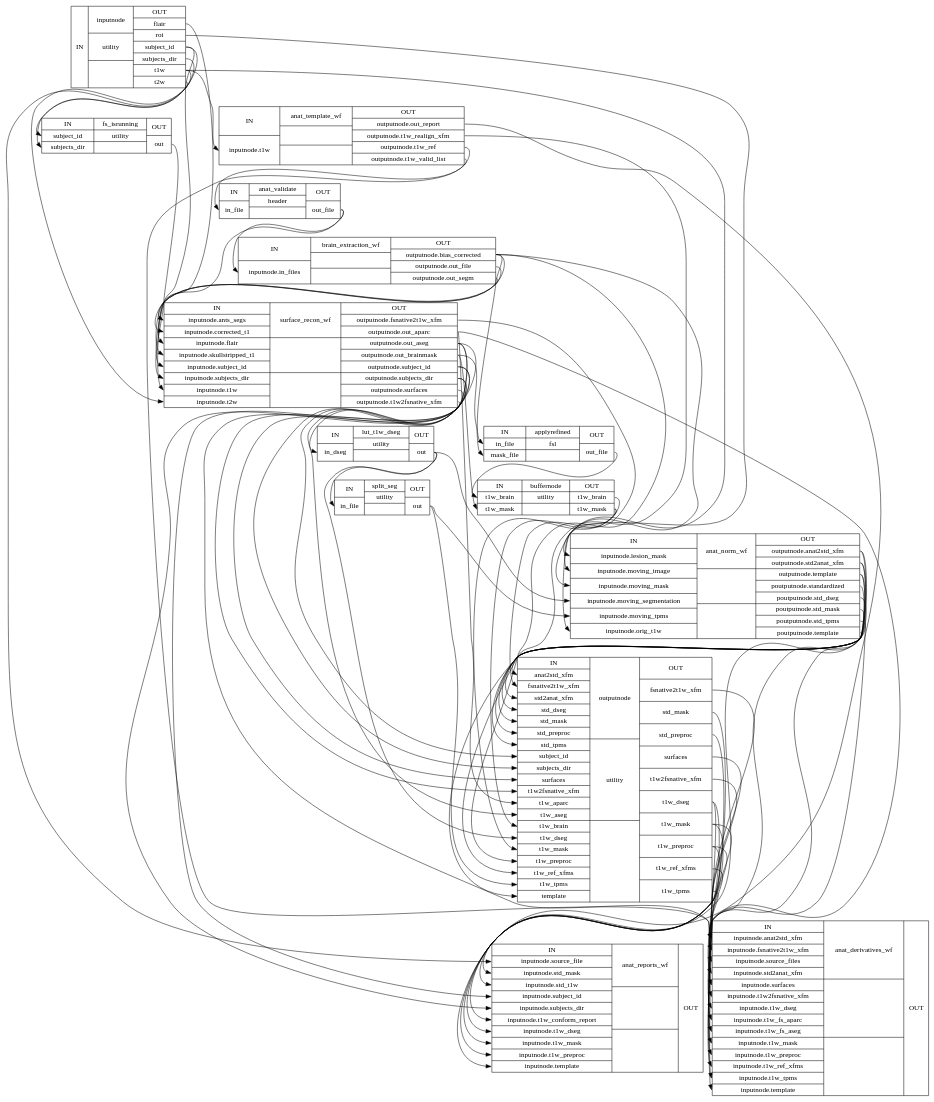
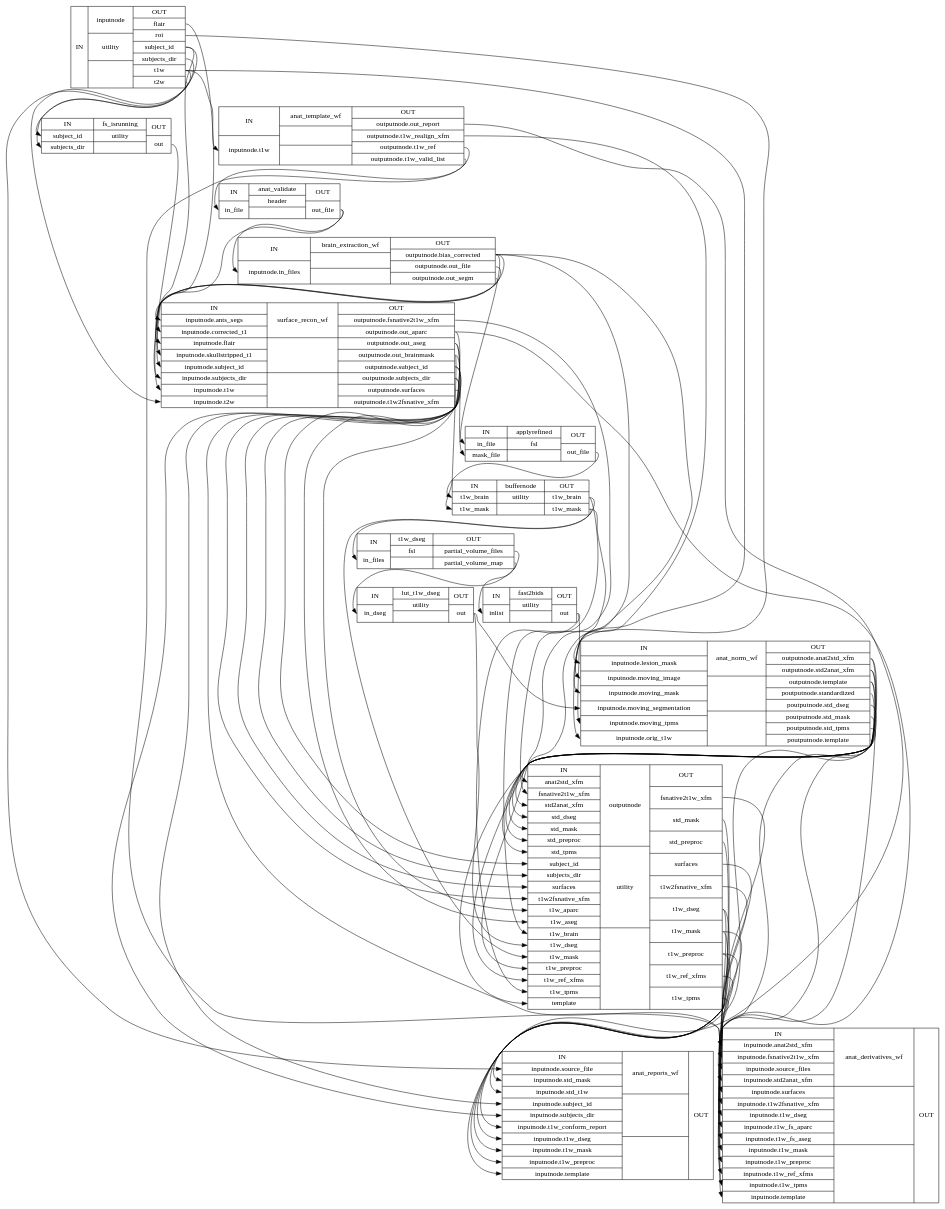
Before and after one commit to pcamach2/smriprep: the diagram in wf_directive/api/anat_preproc_wf/smriprep-workflows-anatomical-1_detailed.dot, drawn with Graphviz. The commit also changed 2171 other files, not shown here.

```diff
--- a/wf_directive/api/anat_preproc_wf/smriprep-workflows-anatomical-1_detailed.dot
+++ b/wf_directive/api/anat_preproc_wf/smriprep-workflows-anatomical-1_detailed.dot
@@ -1,19 +1,20 @@
 digraph structs {
 node [shape=record];
 anat_preproc_wfinputnode [label="{IN}|{ inputnode | utility |  }|{OUT|<outflair> flair|<outroi> roi|<outsubjectid> subject_id|<outsubjectsdir> subjects_dir|<outt1w> t1w|<outt2w> t2w}"];
+anat_preproc_wfanat_template_wf [label="{IN|<ininputnodet1w> inputnode.t1w}|{ anat_template_wf |  |  }|{OUT|<outoutputnodeoutreport> outputnode.out_report|<outoutputnodet1wrealignxfm> outputnode.t1w_realign_xfm|<outoutputnodet1wref> outputnode.t1w_ref|<outoutputnodet1wvalidlist> outputnode.t1w_valid_list}"];
 anat_preproc_wffs_isrunning [label="{IN|<insubjectid> subject_id|<insubjectsdir> subjects_dir}|{ fs_isrunning | utility |  }|{OUT|<outout> out}"];
-anat_preproc_wfanat_template_wf [label="{IN|<ininputnodet1w> inputnode.t1w}|{ anat_template_wf |  |  }|{OUT|<outoutputnodeoutreport> outputnode.out_report|<outoutputnodet1wrealignxfm> outputnode.t1w_realign_xfm|<outoutputnodet1wref> outputnode.t1w_ref|<outoutputnodet1wvalidlist> outputnode.t1w_valid_list}"];
 anat_preproc_wfanat_validate [label="{IN|<ininfile> in_file}|{ anat_validate | header |  }|{OUT|<outoutfile> out_file}"];
 anat_preproc_wfbrain_extraction_wf [label="{IN|<ininputnodeinfiles> inputnode.in_files}|{ brain_extraction_wf |  |  }|{OUT|<outoutputnodebiascorrected> outputnode.bias_corrected|<outoutputnodeoutfile> outputnode.out_file|<outoutputnodeoutsegm> outputnode.out_segm}"];
 anat_preproc_wfsurface_recon_wf [label="{IN|<ininputnodeantssegs> inputnode.ants_segs|<ininputnodecorrectedt1> inputnode.corrected_t1|<ininputnodeflair> inputnode.flair|<ininputnodeskullstrippedt1> inputnode.skullstripped_t1|<ininputnodesubjectid> inputnode.subject_id|<ininputnodesubjectsdir> inputnode.subjects_dir|<ininputnodet1w> inputnode.t1w|<ininputnodet2w> inputnode.t2w}|{ surface_recon_wf |  |  }|{OUT|<outoutputnodefsnative2t1wxfm> outputnode.fsnative2t1w_xfm|<outoutputnodeoutaparc> outputnode.out_aparc|<outoutputnodeoutaseg> outputnode.out_aseg|<outoutputnodeoutbrainmask> outputnode.out_brainmask|<outoutputnodesubjectid> outputnode.subject_id|<outoutputnodesubjectsdir> outputnode.subjects_dir|<outoutputnodesurfaces> outputnode.surfaces|<outoutputnodet1w2fsnativexfm> outputnode.t1w2fsnative_xfm}"];
-anat_preproc_wflut_t1w_dseg [label="{IN|<inindseg> in_dseg}|{ lut_t1w_dseg | utility |  }|{OUT|<outout> out}"];
-anat_preproc_wfsplit_seg [label="{IN|<ininfile> in_file}|{ split_seg | utility |  }|{OUT|<outout> out}"];
 anat_preproc_wfapplyrefined [label="{IN|<ininfile> in_file|<inmaskfile> mask_file}|{ applyrefined | fsl |  }|{OUT|<outoutfile> out_file}"];
 anat_preproc_wfbuffernode [label="{IN|<int1wbrain> t1w_brain|<int1wmask> t1w_mask}|{ buffernode | utility |  }|{OUT|<outt1wbrain> t1w_brain|<outt1wmask> t1w_mask}"];
+anat_preproc_wft1w_dseg [label="{IN|<ininfiles> in_files}|{ t1w_dseg | fsl |  }|{OUT|<outpartialvolumefiles> partial_volume_files|<outpartialvolumemap> partial_volume_map}"];
+anat_preproc_wflut_t1w_dseg [label="{IN|<inindseg> in_dseg}|{ lut_t1w_dseg | utility |  }|{OUT|<outout> out}"];
+anat_preproc_wffast2bids [label="{IN|<ininlist> inlist}|{ fast2bids | utility |  }|{OUT|<outout> out}"];
 anat_preproc_wfanat_norm_wf [label="{IN|<ininputnodelesionmask> inputnode.lesion_mask|<ininputnodemovingimage> inputnode.moving_image|<ininputnodemovingmask> inputnode.moving_mask|<ininputnodemovingsegmentation> inputnode.moving_segmentation|<ininputnodemovingtpms> inputnode.moving_tpms|<ininputnodeorigt1w> inputnode.orig_t1w}|{ anat_norm_wf |  |  }|{OUT|<outoutputnodeanat2stdxfm> outputnode.anat2std_xfm|<outoutputnodestd2anatxfm> outputnode.std2anat_xfm|<outoutputnodetemplate> outputnode.template|<outpoutputnodestandardized> poutputnode.standardized|<outpoutputnodestddseg> poutputnode.std_dseg|<outpoutputnodestdmask> poutputnode.std_mask|<outpoutputnodestdtpms> poutputnode.std_tpms|<outpoutputnodetemplate> poutputnode.template}"];
 anat_preproc_wfoutputnode [label="{IN|<inanat2stdxfm> anat2std_xfm|<infsnative2t1wxfm> fsnative2t1w_xfm|<instd2anatxfm> std2anat_xfm|<instddseg> std_dseg|<instdmask> std_mask|<instdpreproc> std_preproc|<instdtpms> std_tpms|<insubjectid> subject_id|<insubjectsdir> subjects_dir|<insurfaces> surfaces|<int1w2fsnativexfm> t1w2fsnative_xfm|<int1waparc> t1w_aparc|<int1waseg> t1w_aseg|<int1wbrain> t1w_brain|<int1wdseg> t1w_dseg|<int1wmask> t1w_mask|<int1wpreproc> t1w_preproc|<int1wrefxfms> t1w_ref_xfms|<int1wtpms> t1w_tpms|<intemplate> template}|{ outputnode | utility |  }|{OUT|<outfsnative2t1wxfm> fsnative2t1w_xfm|<outstdmask> std_mask|<outstdpreproc> std_preproc|<outsurfaces> surfaces|<outt1w2fsnativexfm> t1w2fsnative_xfm|<outt1wdseg> t1w_dseg|<outt1wmask> t1w_mask|<outt1wpreproc> t1w_preproc|<outt1wrefxfms> t1w_ref_xfms|<outt1wtpms> t1w_tpms}"];
+anat_preproc_wfanat_reports_wf [label="{IN|<ininputnodesourcefile> inputnode.source_file|<ininputnodestdmask> inputnode.std_mask|<ininputnodestdt1w> inputnode.std_t1w|<ininputnodesubjectid> inputnode.subject_id|<ininputnodesubjectsdir> inputnode.subjects_dir|<ininputnodet1wconformreport> inputnode.t1w_conform_report|<ininputnodet1wdseg> inputnode.t1w_dseg|<ininputnodet1wmask> inputnode.t1w_mask|<ininputnodet1wpreproc> inputnode.t1w_preproc|<ininputnodetemplate> inputnode.template}|{ anat_reports_wf |  |  }|{OUT}"];
 anat_preproc_wfanat_derivatives_wf [label="{IN|<ininputnodeanat2stdxfm> inputnode.anat2std_xfm|<ininputnodefsnative2t1wxfm> inputnode.fsnative2t1w_xfm|<ininputnodesourcefiles> inputnode.source_files|<ininputnodestd2anatxfm> inputnode.std2anat_xfm|<ininputnodesurfaces> inputnode.surfaces|<ininputnodet1w2fsnativexfm> inputnode.t1w2fsnative_xfm|<ininputnodet1wdseg> inputnode.t1w_dseg|<ininputnodet1wfsaparc> inputnode.t1w_fs_aparc|<ininputnodet1wfsaseg> inputnode.t1w_fs_aseg|<ininputnodet1wmask> inputnode.t1w_mask|<ininputnodet1wpreproc> inputnode.t1w_preproc|<ininputnodet1wrefxfms> inputnode.t1w_ref_xfms|<ininputnodet1wtpms> inputnode.t1w_tpms|<ininputnodetemplate> inputnode.template}|{ anat_derivatives_wf |  |  }|{OUT}"];
-anat_preproc_wfanat_reports_wf [label="{IN|<ininputnodesourcefile> inputnode.source_file|<ininputnodestdmask> inputnode.std_mask|<ininputnodestdt1w> inputnode.std_t1w|<ininputnodesubjectid> inputnode.subject_id|<ininputnodesubjectsdir> inputnode.subjects_dir|<ininputnodet1wconformreport> inputnode.t1w_conform_report|<ininputnodet1wdseg> inputnode.t1w_dseg|<ininputnodet1wmask> inputnode.t1w_mask|<ininputnodet1wpreproc> inputnode.t1w_preproc|<ininputnodetemplate> inputnode.template}|{ anat_reports_wf |  |  }|{OUT}"];
 anat_preproc_wfanat_norm_wf:outoutputnodeanat2stdxfm:e -> anat_preproc_wfanat_derivatives_wf:ininputnodeanat2stdxfm:w;
 anat_preproc_wfanat_norm_wf:outoutputnodeanat2stdxfm:e -> anat_preproc_wfoutputnode:inanat2stdxfm:w;
 anat_preproc_wfanat_norm_wf:outoutputnodestd2anatxfm:e -> anat_preproc_wfanat_derivatives_wf:ininputnodestd2anatxfm:w;
@@ -39,8 +40,11 @@
 anat_preproc_wfbrain_extraction_wf:outoutputnodeoutfile:e -> anat_preproc_wfsurface_recon_wf:ininputnodeskullstrippedt1:w;
 anat_preproc_wfbrain_extraction_wf:outoutputnodeoutsegm:e -> anat_preproc_wfsurface_recon_wf:ininputnodeantssegs:w;
 anat_preproc_wfbuffernode:outt1wbrain:e -> anat_preproc_wfoutputnode:int1wbrain:w;
+anat_preproc_wfbuffernode:outt1wbrain:e -> anat_preproc_wft1w_dseg:ininfiles:w;
 anat_preproc_wfbuffernode:outt1wmask:e -> anat_preproc_wfanat_norm_wf:ininputnodemovingmask:w;
 anat_preproc_wfbuffernode:outt1wmask:e -> anat_preproc_wfoutputnode:int1wmask:w;
+anat_preproc_wffast2bids:outout:e -> anat_preproc_wfanat_norm_wf:ininputnodemovingtpms:w;
+anat_preproc_wffast2bids:outout:e -> anat_preproc_wfoutputnode:int1wtpms:w;
 anat_preproc_wffs_isrunning:outout:e -> anat_preproc_wfsurface_recon_wf:ininputnodesubjectsdir:w;
 anat_preproc_wfinputnode:outflair:e -> anat_preproc_wfsurface_recon_wf:ininputnodeflair:w;
 anat_preproc_wfinputnode:outroi:e -> anat_preproc_wfanat_norm_wf:ininputnodelesionmask:w;
@@ -53,7 +57,6 @@
 anat_preproc_wfinputnode:outt2w:e -> anat_preproc_wfsurface_recon_wf:ininputnodet2w:w;
 anat_preproc_wflut_t1w_dseg:outout:e -> anat_preproc_wfanat_norm_wf:ininputnodemovingsegmentation:w;
 anat_preproc_wflut_t1w_dseg:outout:e -> anat_preproc_wfoutputnode:int1wdseg:w;
-anat_preproc_wflut_t1w_dseg:outout:e -> anat_preproc_wfsplit_seg:ininfile:w;
 anat_preproc_wfoutputnode:outfsnative2t1wxfm:e -> anat_preproc_wfanat_derivatives_wf:ininputnodefsnative2t1wxfm:w;
 anat_preproc_wfoutputnode:outstdmask:e -> anat_preproc_wfanat_reports_wf:ininputnodestdmask:w;
 anat_preproc_wfoutputnode:outstdpreproc:e -> anat_preproc_wfanat_reports_wf:ininputnodestdt1w:w;
@@ -67,13 +70,10 @@
 anat_preproc_wfoutputnode:outt1wpreproc:e -> anat_preproc_wfanat_reports_wf:ininputnodet1wpreproc:w;
 anat_preproc_wfoutputnode:outt1wrefxfms:e -> anat_preproc_wfanat_derivatives_wf:ininputnodet1wrefxfms:w;
 anat_preproc_wfoutputnode:outt1wtpms:e -> anat_preproc_wfanat_derivatives_wf:ininputnodet1wtpms:w;
-anat_preproc_wfsplit_seg:outout:e -> anat_preproc_wfanat_norm_wf:ininputnodemovingtpms:w;
-anat_preproc_wfsplit_seg:outout:e -> anat_preproc_wfoutputnode:int1wtpms:w;
 anat_preproc_wfsurface_recon_wf:outoutputnodefsnative2t1wxfm:e -> anat_preproc_wfoutputnode:infsnative2t1wxfm:w;
 anat_preproc_wfsurface_recon_wf:outoutputnodeoutaparc:e -> anat_preproc_wfanat_derivatives_wf:ininputnodet1wfsaparc:w;
 anat_preproc_wfsurface_recon_wf:outoutputnodeoutaparc:e -> anat_preproc_wfoutputnode:int1waparc:w;
 anat_preproc_wfsurface_recon_wf:outoutputnodeoutaseg:e -> anat_preproc_wfanat_derivatives_wf:ininputnodet1wfsaseg:w;
-anat_preproc_wfsurface_recon_wf:outoutputnodeoutaseg:e -> anat_preproc_wflut_t1w_dseg:inindseg:w;
 anat_preproc_wfsurface_recon_wf:outoutputnodeoutaseg:e -> anat_preproc_wfoutputnode:int1waseg:w;
 anat_preproc_wfsurface_recon_wf:outoutputnodeoutbrainmask:e -> anat_preproc_wfapplyrefined:inmaskfile:w;
 anat_preproc_wfsurface_recon_wf:outoutputnodeoutbrainmask:e -> anat_preproc_wfbuffernode:int1wmask:w;
@@ -83,4 +83,6 @@
 anat_preproc_wfsurface_recon_wf:outoutputnodesubjectsdir:e -> anat_preproc_wfoutputnode:insubjectsdir:w;
 anat_preproc_wfsurface_recon_wf:outoutputnodesurfaces:e -> anat_preproc_wfoutputnode:insurfaces:w;
 anat_preproc_wfsurface_recon_wf:outoutputnodet1w2fsnativexfm:e -> anat_preproc_wfoutputnode:int1w2fsnativexfm:w;
+anat_preproc_wft1w_dseg:outpartialvolumefiles:e -> anat_preproc_wffast2bids:ininlist:w;
+anat_preproc_wft1w_dseg:outpartialvolumemap:e -> anat_preproc_wflut_t1w_dseg:inindseg:w;
 }
```
